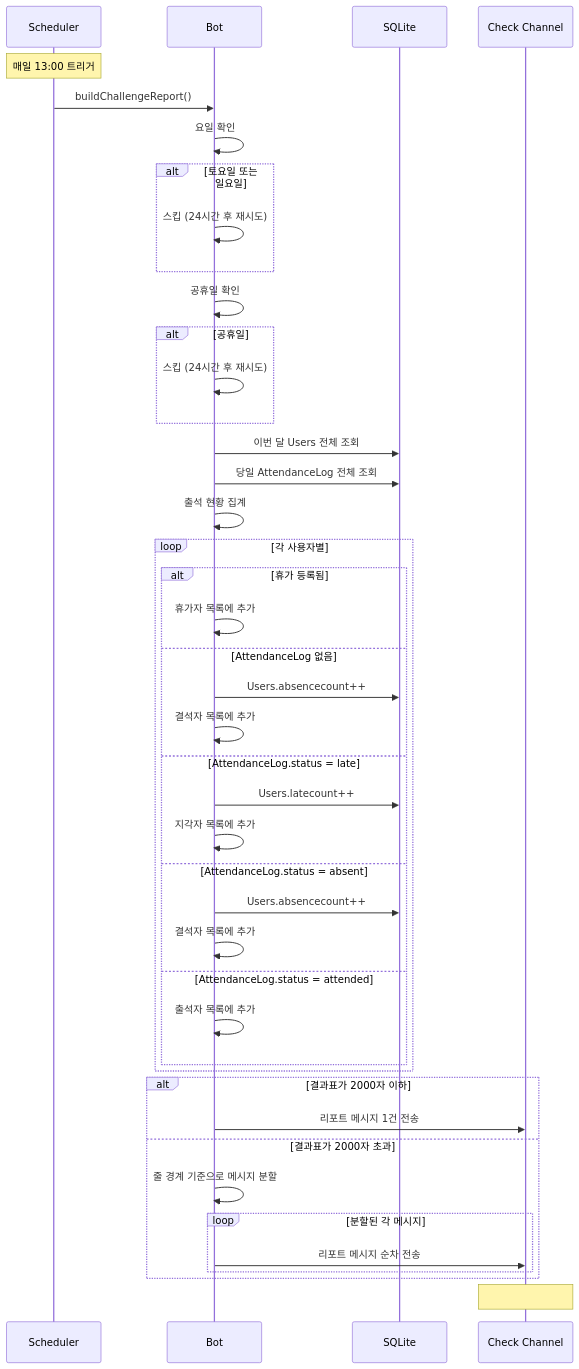
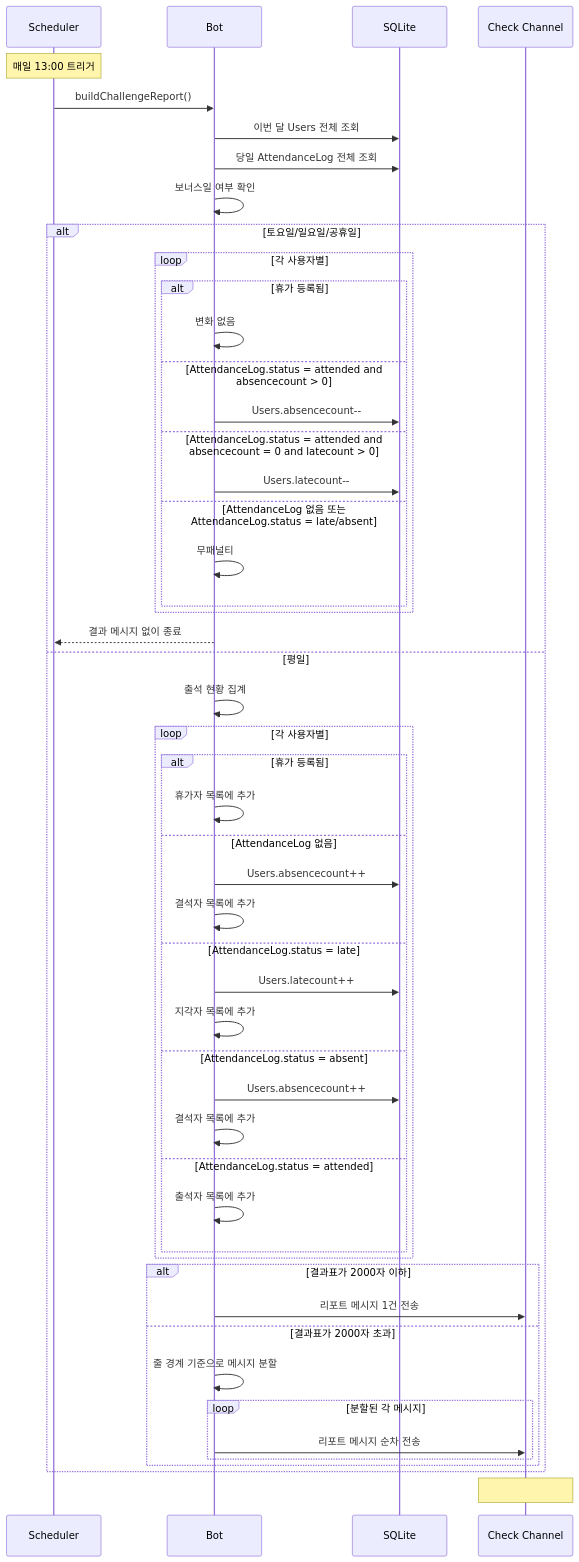
One commit to honki12345/haruharu-discord-bot changed the eighth of 16 diagrams in docs/USER_STORIES.md. Above: the diagram before and after it, drawn with Mermaid. The commit also changed other lines of this file and 9 other files, not shown here.

````diff
--- a/docs/USER_STORIES.md
+++ b/docs/USER_STORIES.md
@@ -316,52 +319,58 @@
 ```mermaid
 sequenceDiagram
     participant S as Scheduler
     participant B as Bot
     participant DB as SQLite
     participant C as Check Channel
 
     Note over S: 매일 13:00 트리거
     S->>B: buildChallengeReport()
 
-    B->>B: 요일 확인
-    alt 토요일 또는 일요일
-        B->>B: 스킵 (24시간 후 재시도)
-    end
-
-    B->>B: 공휴일 확인
-    alt 공휴일
-        B->>B: 스킵 (24시간 후 재시도)
-    end
-
     B->>DB: 이번 달 Users 전체 조회
     B->>DB: 당일 AttendanceLog 전체 조회
 
-    B->>B: 출석 현황 집계
+    B->>B: 보너스일 여부 확인
+    alt 토요일/일요일/공휴일
+        loop 각 사용자별
+            alt 휴가 등록됨
+                B->>B: 변화 없음
+            else AttendanceLog.status = attended and absencecount > 0
+                B->>DB: Users.absencecount--
+            else AttendanceLog.status = attended and absencecount = 0 and latecount > 0
+                B->>DB: Users.latecount--
+            else AttendanceLog 없음 또는 AttendanceLog.status = late/absent
+                B->>B: 무패널티
+            end
+        end
+        B-->>S: 결과 메시지 없이 종료
+    else 평일
+        B->>B: 출석 현황 집계
 
-    loop 각 사용자별
-        alt 휴가 등록됨
-            B->>B: 휴가자 목록에 추가
-        else AttendanceLog 없음
-            B->>DB: Users.absencecount++
-            B->>B: 결석자 목록에 추가
-        else AttendanceLog.status = late
-            B->>DB: Users.latecount++
-            B->>B: 지각자 목록에 추가
-        else AttendanceLog.status = absent
-            B->>DB: Users.absencecount++
-            B->>B: 결석자 목록에 추가
-        else AttendanceLog.status = attended
-            B->>B: 출석자 목록에 추가
+        loop 각 사용자별
+            alt 휴가 등록됨
+                B->>B: 휴가자 목록에 추가
+            else AttendanceLog 없음
+                B->>DB: Users.absencecount++
+                B->>B: 결석자 목록에 추가
+            else AttendanceLog.status = late
+                B->>DB: Users.latecount++
+                B->>B: 지각자 목록에 추가
+            else AttendanceLog.status = absent
+                B->>DB: Users.absencecount++
+                B->>B: 결석자 목록에 추가
+            else AttendanceLog.status = attended
+                B->>B: 출석자 목록에 추가
+            end
         end
-    end
 
-    alt 결과표가 2000자 이하
-        B->>C: 리포트 메시지 1건 전송
-    else 결과표가 2000자 초과
-        B->>B: 줄 경계 기준으로 메시지 분할
-        loop 분할된 각 메시지
-            B->>C: 리포트 메시지 순차 전송
+        alt 결과표가 2000자 이하
+            B->>C: 리포트 메시지 1건 전송
+        else 결과표가 2000자 초과
+            B->>B: 줄 경계 기준으로 메시지 분할
+            loop 분할된 각 메시지
+                B->>C: 리포트 메시지 순차 전송
+            end
         end
     end
     Note over C: ### 20251208 출석표<br/>- 홍길동: 출석 (월 누적 지각 0회, 결석 0회, 잔여휴가 5일)<br/>- 이영희: 지각 (월 누적 지각 3회, 결석 1회, 잔여휴가 5일)<br/>- 박민수: 휴가 (월 누적 지각 0회, 결석 0회, 잔여휴가 4일)<br/>- 최민지: 결석 (월 누적 지각 0회, 결석 2회, 잔여휴가 5일)
 ```
````
